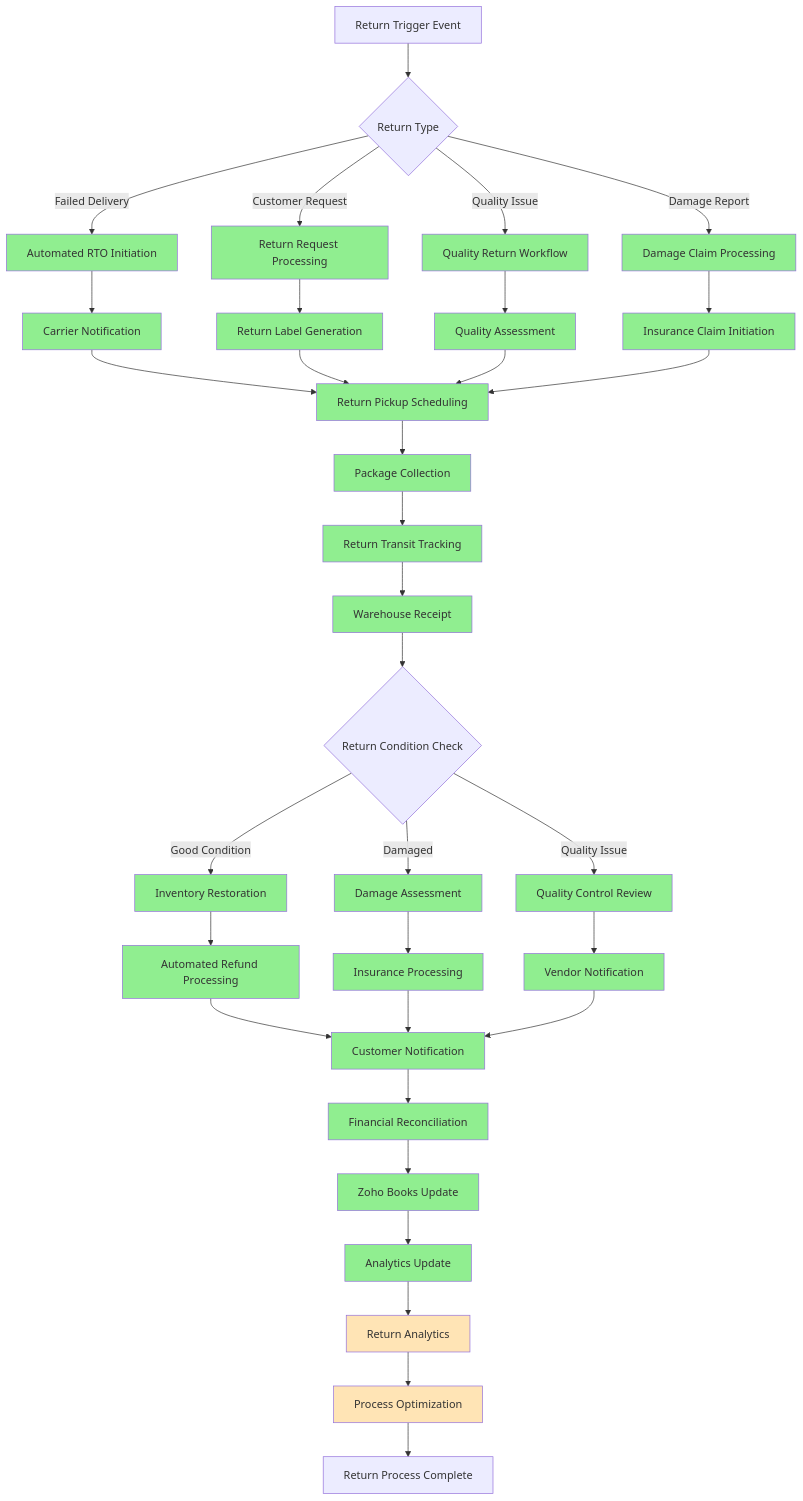
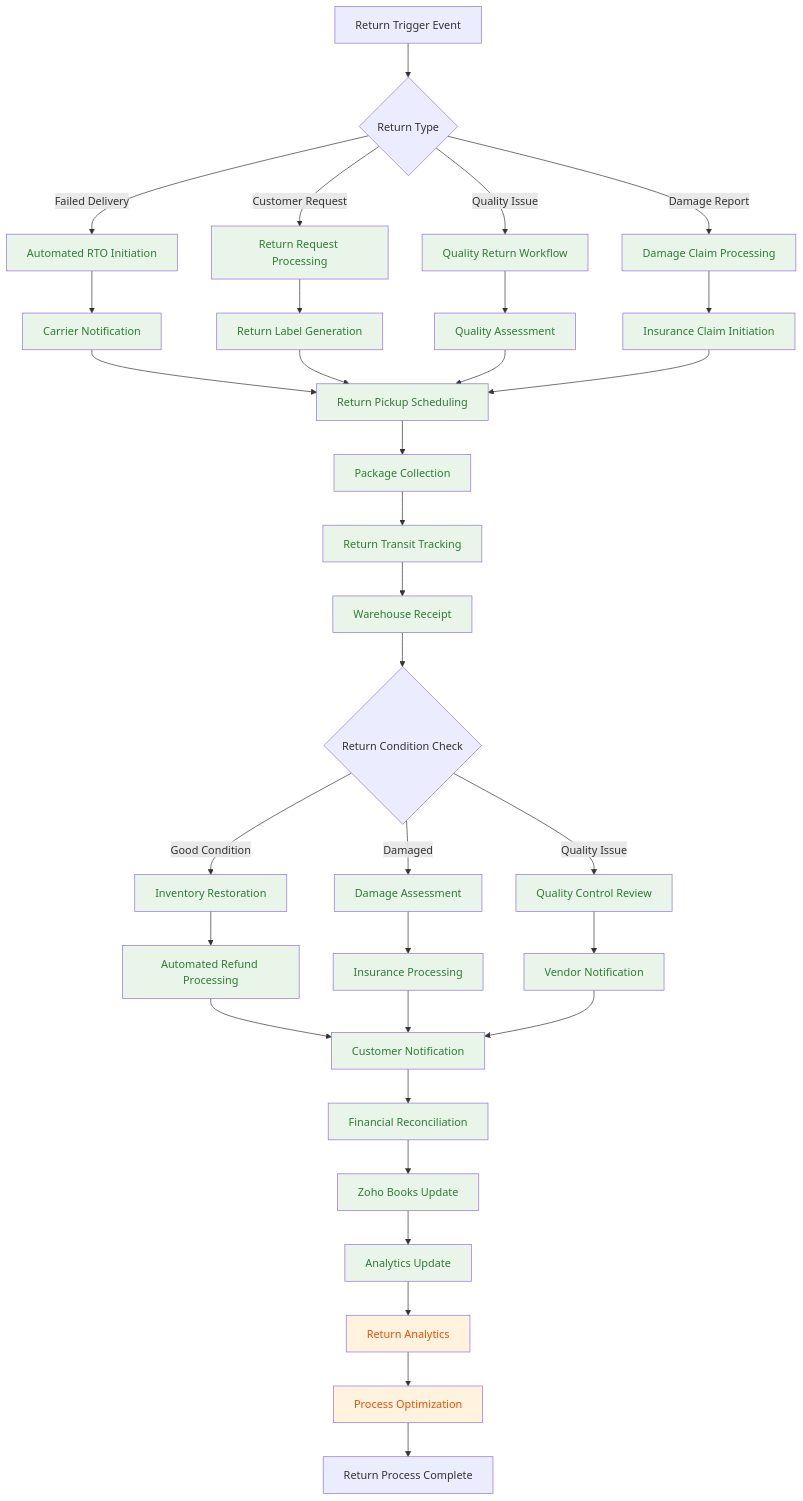
One commit to sandeepkumar0801/Digihub changed diagram 19 of 44 in README.md. Above: the diagram before and after it, drawn with Mermaid. The commit also changed other lines of this file, not shown here.

Commit message:
fix color in diagrams

````diff
--- a/README.md
+++ b/README.md
@@ -3383,68 +3383,68 @@
 ```mermaid
 graph TD
     A[Return Trigger Event] --> B{Return Type}
     B -->|Failed Delivery| C[Automated RTO Initiation]
     B -->|Customer Request| D[Return Request Processing]
     B -->|Quality Issue| E[Quality Return Workflow]
     B -->|Damage Report| F[Damage Claim Processing]
 
     C --> G[Carrier Notification]
     D --> H[Return Label Generation]
     E --> I[Quality Assessment]
     F --> J[Insurance Claim Initiation]
 
     G --> K[Return Pickup Scheduling]
     H --> K
     I --> K
     J --> K
 
     K --> L[Package Collection]
     L --> M[Return Transit Tracking]
     M --> N[Warehouse Receipt]
 
     N --> O{Return Condition Check}
     O -->|Good Condition| P[Inventory Restoration]
     O -->|Damaged| Q[Damage Assessment]
     O -->|Quality Issue| R[Quality Control Review]
 
     P --> S[Automated Refund Processing]
     Q --> T[Insurance Processing]
     R --> U[Vendor Notification]
 
     S --> V[Customer Notification]
     T --> V
     U --> V
 
     V --> W[Financial Reconciliation]
     W --> X[Zoho Books Update]
     X --> Y[Analytics Update]
 
     Y --> Z[Return Analytics]
     Z --> AA[Process Optimization]
     AA --> BB[Return Process Complete]
 
-    style C fill:#90EE90
-    style D fill:#90EE90
-    style E fill:#90EE90
-    style F fill:#90EE90
-    style G fill:#90EE90
-    style H fill:#90EE90
-    style I fill:#90EE90
-    style J fill:#90EE90
-    style K fill:#90EE90
-    style L fill:#90EE90
-    style M fill:#90EE90
-    style N fill:#90EE90
-    style P fill:#90EE90
-    style Q fill:#90EE90
-    style R fill:#90EE90
-    style S fill:#90EE90
-    style T fill:#90EE90
-    style U fill:#90EE90
-    style V fill:#90EE90
-    style W fill:#90EE90
-    style X fill:#90EE90
-    style Y fill:#90EE90
-    style Z fill:#FFE4B5
-    style AA fill:#FFE4B5
+    style C fill:#e8f5e8,color:#2e7d32
+    style D fill:#e8f5e8,color:#2e7d32
+    style E fill:#e8f5e8,color:#2e7d32
+    style F fill:#e8f5e8,color:#2e7d32
+    style G fill:#e8f5e8,color:#2e7d32
+    style H fill:#e8f5e8,color:#2e7d32
+    style I fill:#e8f5e8,color:#2e7d32
+    style J fill:#e8f5e8,color:#2e7d32
+    style K fill:#e8f5e8,color:#2e7d32
+    style L fill:#e8f5e8,color:#2e7d32
+    style M fill:#e8f5e8,color:#2e7d32
+    style N fill:#e8f5e8,color:#2e7d32
+    style P fill:#e8f5e8,color:#2e7d32
+    style Q fill:#e8f5e8,color:#2e7d32
+    style R fill:#e8f5e8,color:#2e7d32
+    style S fill:#e8f5e8,color:#2e7d32
+    style T fill:#e8f5e8,color:#2e7d32
+    style U fill:#e8f5e8,color:#2e7d32
+    style V fill:#e8f5e8,color:#2e7d32
+    style W fill:#e8f5e8,color:#2e7d32
+    style X fill:#e8f5e8,color:#2e7d32
+    style Y fill:#e8f5e8,color:#2e7d32
+    style Z fill:#fff3e0,color:#e65100
+    style AA fill:#fff3e0,color:#e65100
 ```
````
